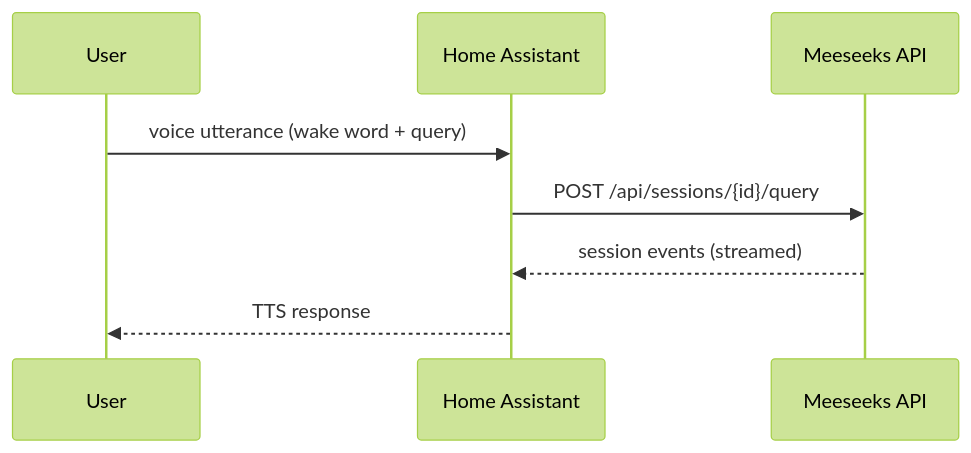
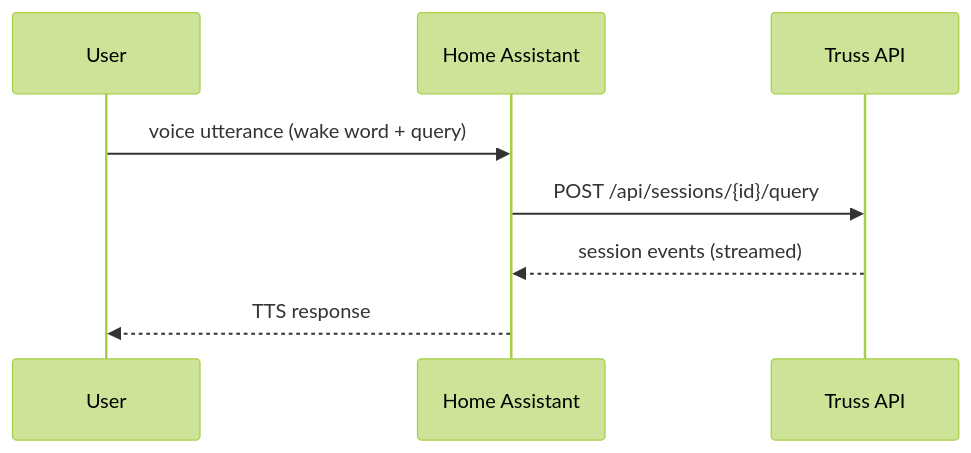
One commit to bearlike/Assistant changed the diagram in docs/clients-home-assistant.md. Above: the diagram before and after it, drawn with Mermaid (forest theme). The commit also changed other lines of this file and 626 other files, not shown here.

````diff
--- a/docs/clients-home-assistant.md
+++ b/docs/clients-home-assistant.md
@@ -16,11 +16,11 @@
 ```mermaid
 sequenceDiagram
     participant User
     participant HA as Home Assistant
-    participant API as Meeseeks API
+    participant API as Truss API
 
     User->>HA: voice utterance (wake word + query)
     HA->>API: POST /api/sessions/{id}/query
     API-->>HA: session events (streamed)
     HA-->>User: TTS response
 ```
````
